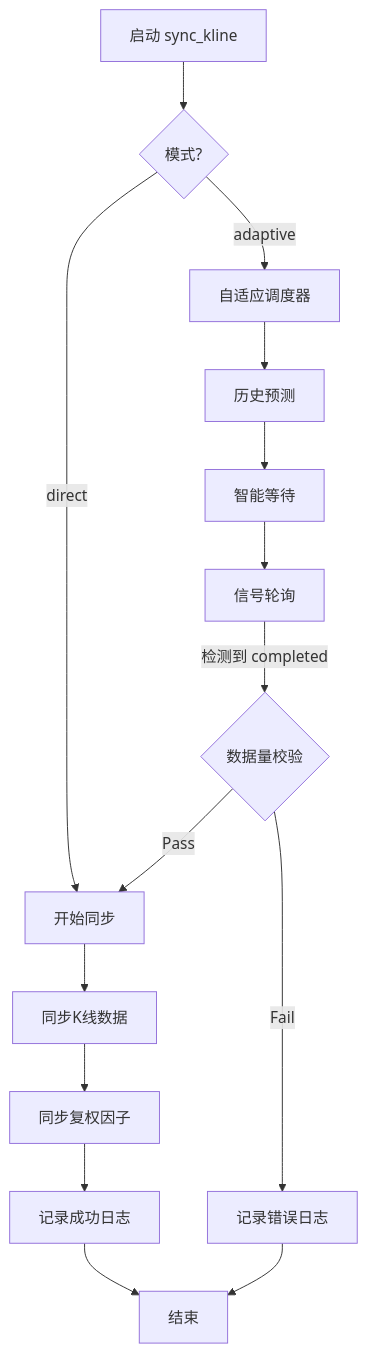
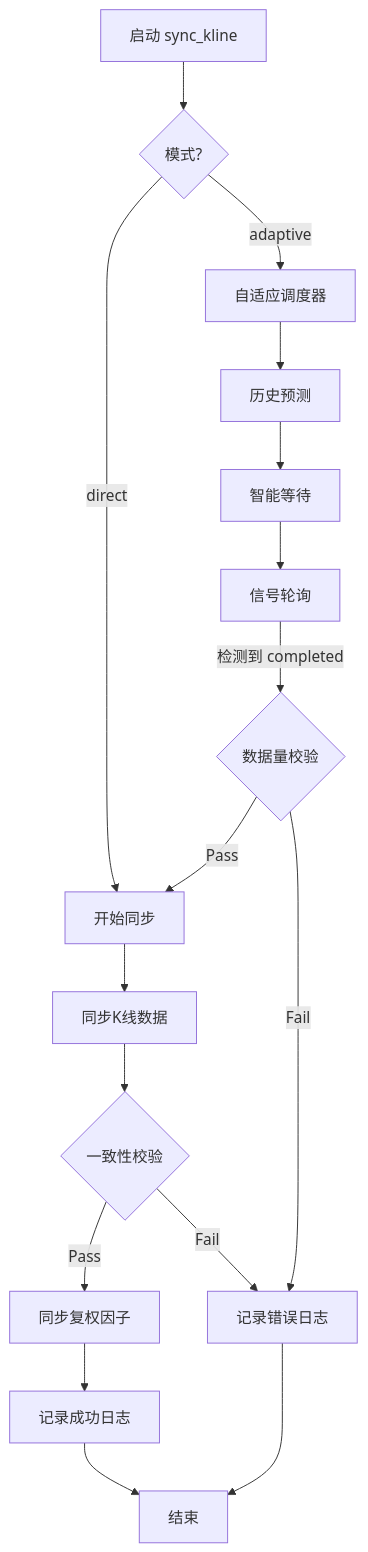
The diagram in services/task-orchestrator/docs/task_scheduling/11_kline_sync_optimization.md (bxgh/microservice-stock-ck), drawn with Mermaid before and after one commit. The commit also changed other lines of this file and 6 other files, not shown here.

````diff
--- a/services/task-orchestrator/docs/task_scheduling/11_kline_sync_optimization.md
+++ b/services/task-orchestrator/docs/task_scheduling/11_kline_sync_optimization.md
@@ -100,22 +142,25 @@
 ```mermaid
 graph TD
     Start[启动 sync_kline] --> Mode{模式?}
     Mode -- direct --> Sync[开始同步]
     Mode -- adaptive --> Scheduler[自适应调度器]
     
     Scheduler --> History[历史预测]
     History --> Wait[智能等待]
     Wait --> Poll[信号轮询]
     Poll --> |检测到 completed| Check{数据量校验}
     
     Check -- Pass --> Sync
     Check -- Fail --> Error[记录错误日志]
     
     Sync --> SyncKline[同步K线数据]
-    SyncKline --> SyncFactor[同步复权因子]
+    SyncKline --> Verify{一致性校验}
+    
+    Verify -- Pass --> SyncFactor[同步复权因子]
+    Verify -- Fail --> Error
     
     SyncFactor --> Success[记录成功日志]
     
     Error --> End[结束]
     Success --> End
 ```
````
